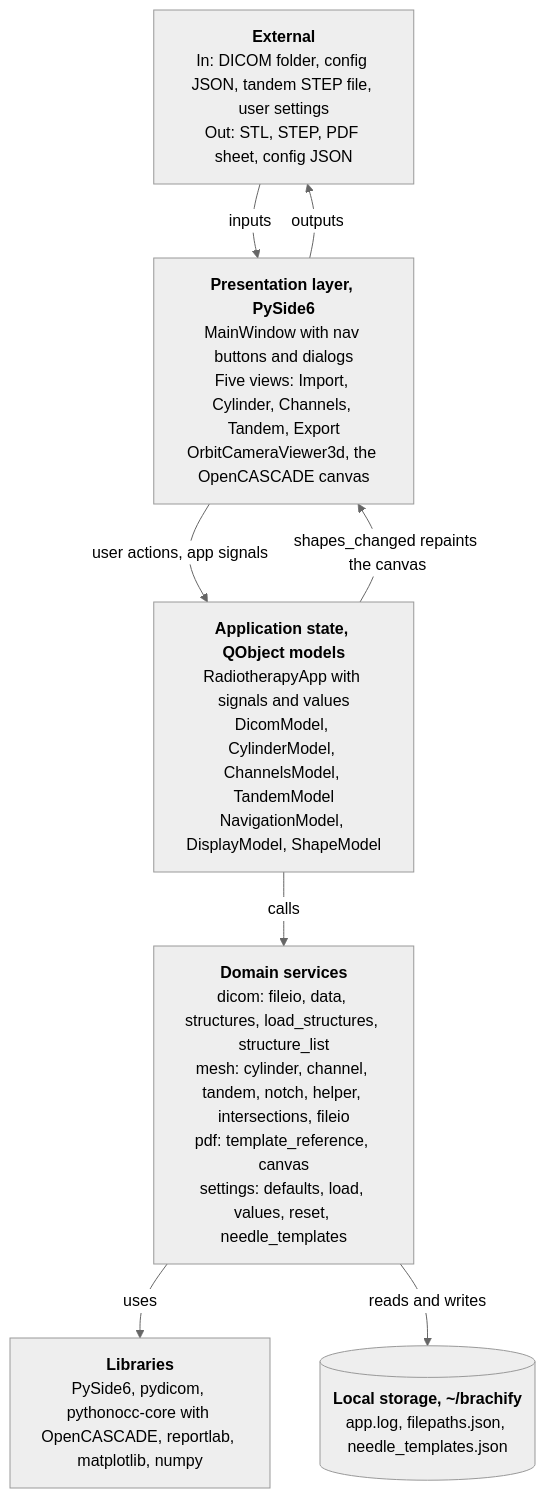
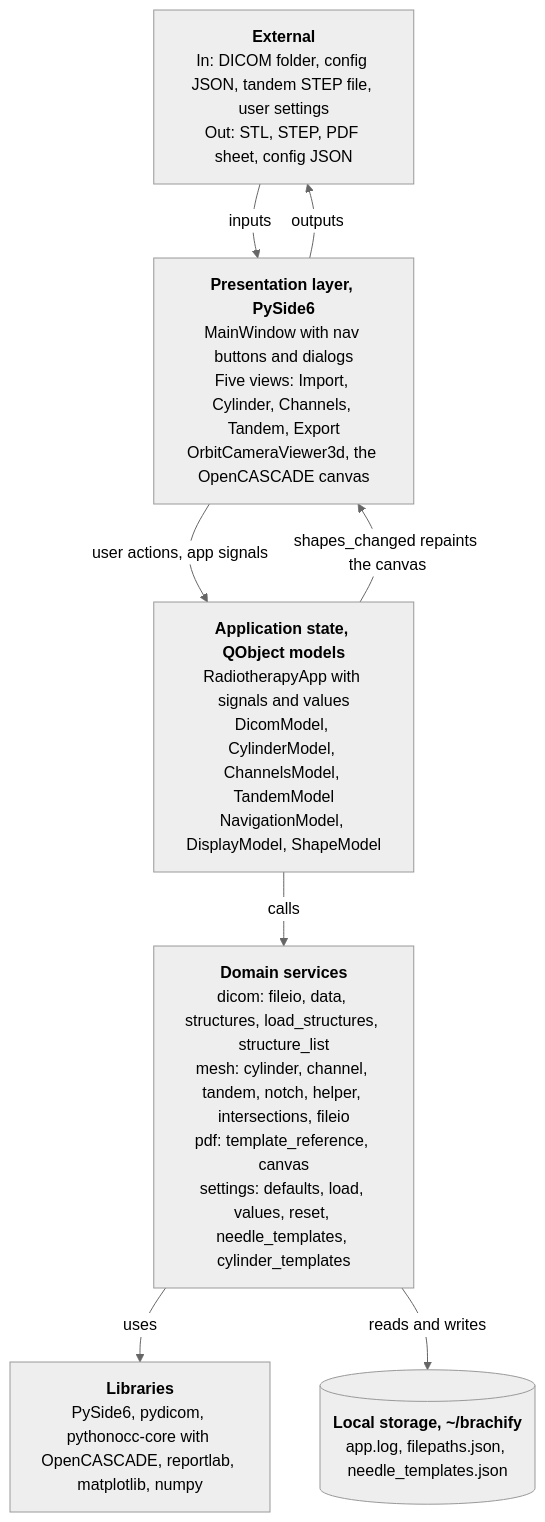
The diagram in docs/architecture/diagrams/system-architecture.mmd (COSC-499-W2026/capstone-project-team-10), drawn with Mermaid (neutral theme) before and after one commit. The commit also changed 2 other files, not shown here.

Commit message:
docs: name cylinder_templates in the system architecture

```diff
--- a/docs/architecture/diagrams/system-architecture.mmd
+++ b/docs/architecture/diagrams/system-architecture.mmd
@@ -1,17 +1,17 @@
 %% title: System architecture
 %% alt: System architecture of brachify, a layered desktop application with a presentation layer, application state, domain services, third party libraries and local storage
 flowchart TB
   ext["<b>External</b><br/>In: DICOM folder, config JSON, tandem STEP file, user settings<br/>Out: STL, STEP, PDF sheet, config JSON"]
   pres["<b>Presentation layer, PySide6</b><br/>MainWindow with nav buttons and dialogs<br/>Five views: Import, Cylinder, Channels, Tandem, Export<br/>OrbitCameraViewer3d, the OpenCASCADE canvas"]
   state["<b>Application state, QObject models</b><br/>RadiotherapyApp with signals and values<br/>DicomModel, CylinderModel, ChannelsModel, TandemModel<br/>NavigationModel, DisplayModel, ShapeModel"]
-  domain["<b>Domain services</b><br/>dicom: fileio, data, structures, load_structures, structure_list<br/>mesh: cylinder, channel, tandem, notch, helper, intersections, fileio<br/>pdf: template_reference, canvas<br/>settings: defaults, load, values, reset, needle_templates"]
+  domain["<b>Domain services</b><br/>dicom: fileio, data, structures, load_structures, structure_list<br/>mesh: cylinder, channel, tandem, notch, helper, intersections, fileio<br/>pdf: template_reference, canvas<br/>settings: defaults, load, values, reset, needle_templates, cylinder_templates"]
   lib["<b>Libraries</b><br/>PySide6, pydicom, pythonocc-core with OpenCASCADE, reportlab, matplotlib, numpy"]
   disk[("<b>Local storage, ~/brachify</b><br/>app.log, filepaths.json, needle_templates.json")]
 
   ext -->|"inputs"| pres
   pres -->|"outputs"| ext
   pres -->|"user actions, app signals"| state
   state -->|"shapes_changed repaints the canvas"| pres
   state -->|"calls"| domain
   domain -->|"uses"| lib
   domain -->|"reads and writes"| disk
```
